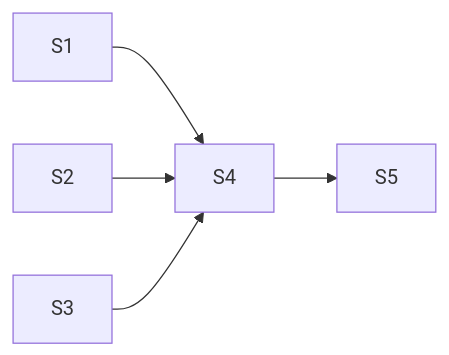
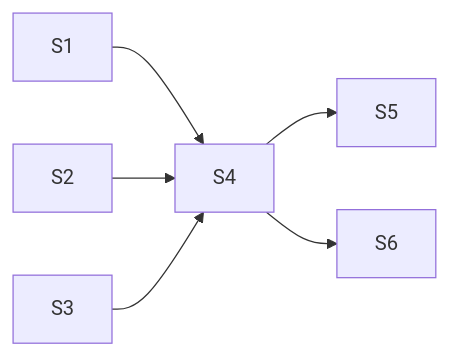
The diagram in libs/table/docs/3-ui/work/keyboard/active/treegrid-keyboard-model/tasks/issue-236/progress.md (DvirMon/ng-table), drawn with Mermaid before and after one commit. The commit also changed other lines of this file and 5 other files, not shown here.

````diff
--- a/libs/table/docs/3-ui/work/keyboard/active/treegrid-keyboard-model/tasks/issue-236/progress.md
+++ b/libs/table/docs/3-ui/work/keyboard/active/treegrid-keyboard-model/tasks/issue-236/progress.md
@@ -5,7 +5,8 @@
 ```mermaid
 graph LR
   S1 --> S4
   S2 --> S4
   S3 --> S4
   S4 --> S5
+  S4 --> S6
 ```
````
